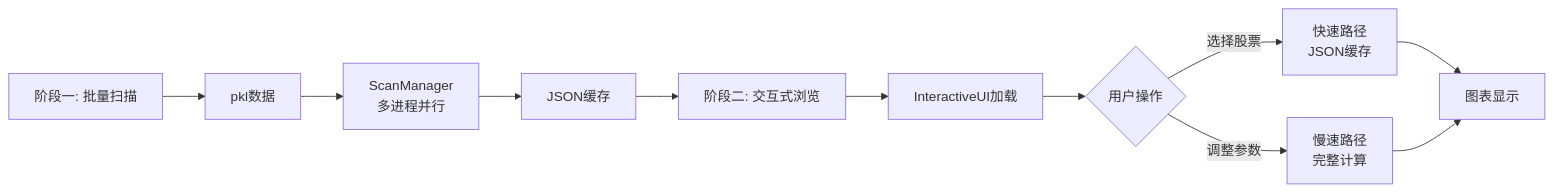
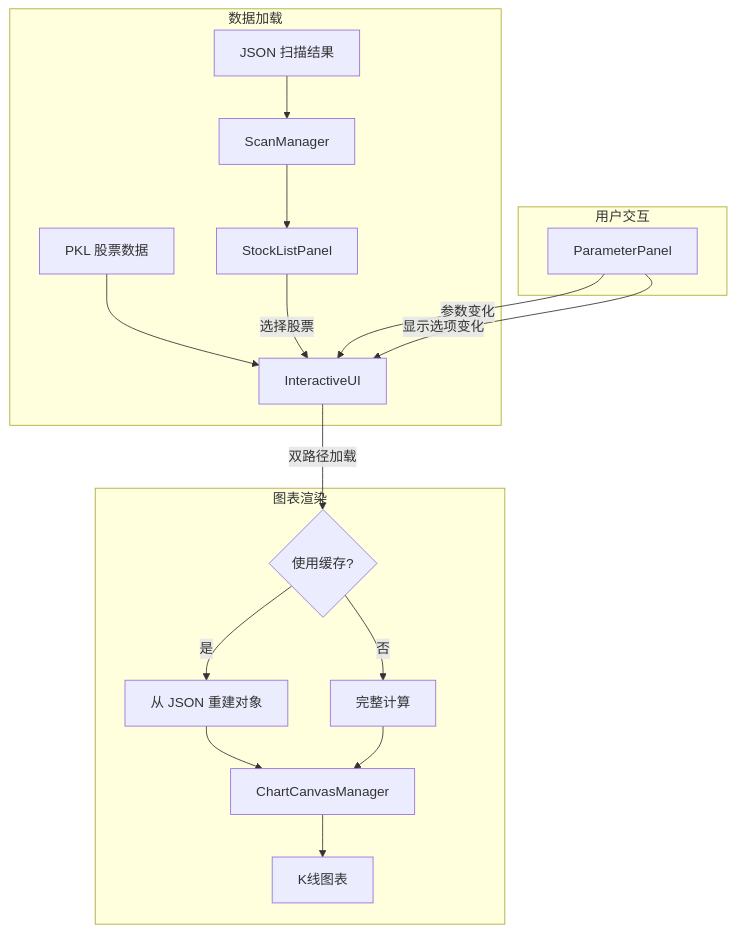
The diagram in docs/modules/specs/12_交互式UI_IMPL.md (ufgtb24/Trade_Strategy), drawn with Mermaid before and after one commit. The commit also changed other lines of this file and 6 other files, not shown here.

````diff
--- a/docs/modules/specs/12_交互式UI_IMPL.md
+++ b/docs/modules/specs/12_交互式UI_IMPL.md
@@ -72,14 +53,23 @@
 ```mermaid
-graph LR
-    A[阶段一: 批量扫描] --> B[pkl数据]
-    B --> C[ScanManager<br/>多进程并行]
-    C --> D[JSON缓存]
+flowchart TD
+    subgraph 数据加载
+        JSON[JSON 扫描结果] --> ScanMgr[ScanManager]
+        ScanMgr --> StockList[StockListPanel]
+        PKL[PKL 股票数据] --> Main[InteractiveUI]
+    end
 
-    D --> E[阶段二: 交互式浏览]
-    E --> F[InteractiveUI加载]
-    F --> G{用户操作}
-    G -->|选择股票| H[快速路径<br/>JSON缓存]
-    G -->|调整参数| I[慢速路径<br/>完整计算]
-    H --> J[图表显示]
-    I --> J
+    subgraph 用户交互
+        StockList -->|选择股票| Main
+        ParamPanel[ParameterPanel] -->|参数变化| Main
+        ParamPanel -->|显示选项变化| Main
+    end
+
+    subgraph 图表渲染
+        Main -->|双路径加载| Decision{使用缓存?}
+        Decision -->|是| JSONCache[从 JSON 重建对象]
+        Decision -->|否| FullComp[完整计算]
+        JSONCache --> ChartMgr[ChartCanvasManager]
+        FullComp --> ChartMgr
+        ChartMgr --> Canvas[K线图表]
+    end
 ```
````
